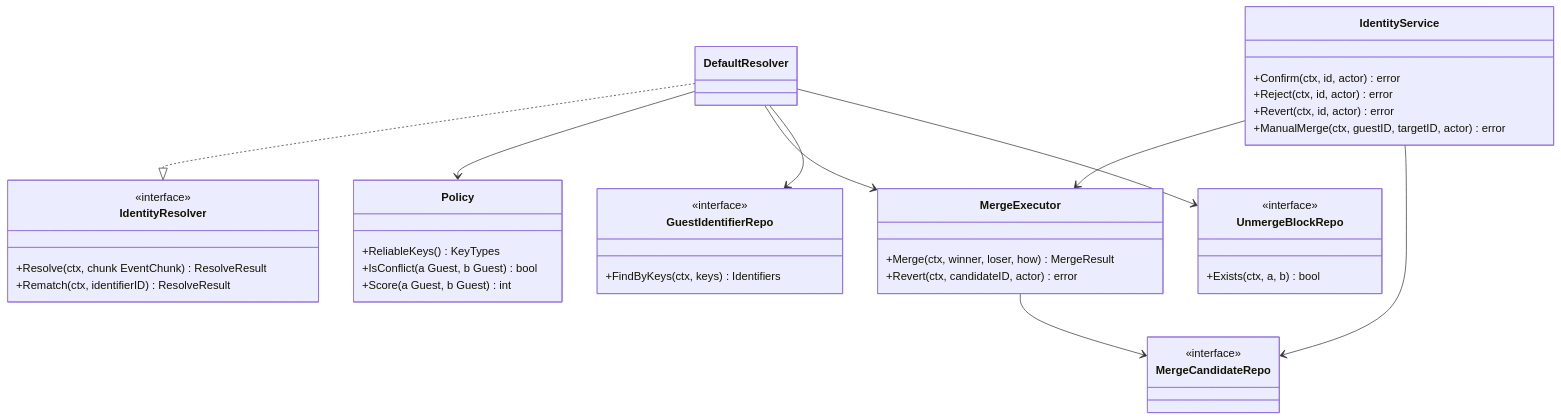
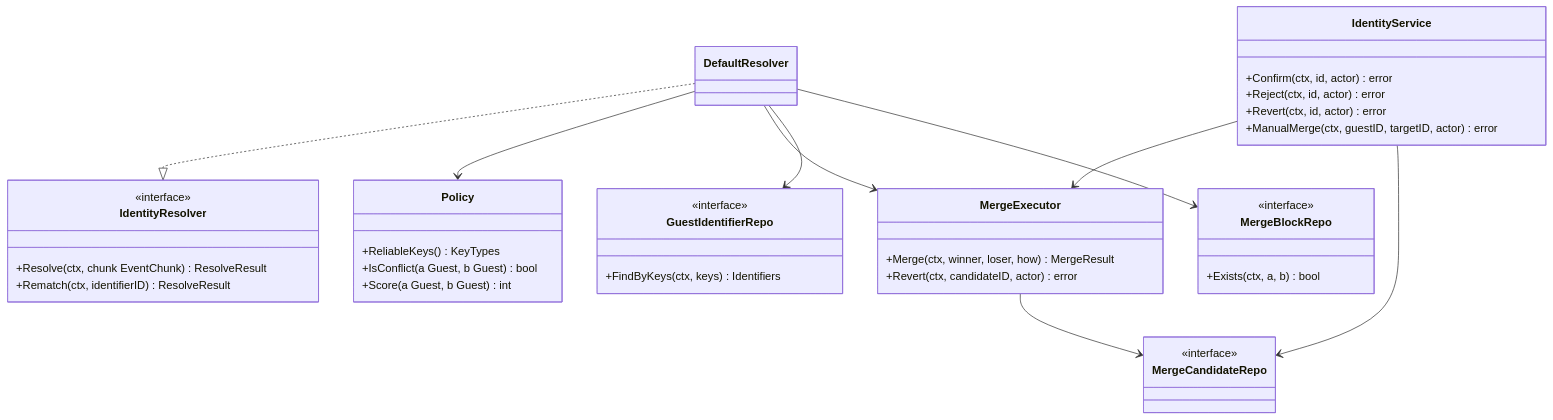
One commit to MangriMen/UCRP changed the third of 6 diagrams in docs/design/10-class-diagram.md. Above: the diagram before and after it, drawn with Mermaid. The commit also changed other lines of this file and 154 other files, not shown here.

````diff
--- a/docs/design/10-class-diagram.md
+++ b/docs/design/10-class-diagram.md
@@ -100,43 +100,43 @@
 ```mermaid
 classDiagram
   class IdentityResolver {
     <<interface>>
     +Resolve(ctx, chunk EventChunk) ResolveResult
     +Rematch(ctx, identifierID) ResolveResult
   }
   class Policy {
     +ReliableKeys() KeyTypes
     +IsConflict(a Guest, b Guest) bool
     +Score(a Guest, b Guest) int
   }
   class MergeExecutor {
     +Merge(ctx, winner, loser, how) MergeResult
     +Revert(ctx, candidateID, actor) error
   }
   class DefaultResolver
   class IdentityService {
     +Confirm(ctx, id, actor) error
     +Reject(ctx, id, actor) error
     +Revert(ctx, id, actor) error
     +ManualMerge(ctx, guestID, targetID, actor) error
   }
   class MergeCandidateRepo {
     <<interface>>
   }
-  class UnmergeBlockRepo {
+  class MergeBlockRepo {
     <<interface>>
     +Exists(ctx, a, b) bool
   }
   class GuestIdentifierRepo {
     <<interface>>
     +FindByKeys(ctx, keys) Identifiers
   }
   DefaultResolver ..|> IdentityResolver
   DefaultResolver --> Policy
   DefaultResolver --> MergeExecutor
   DefaultResolver --> GuestIdentifierRepo
-  DefaultResolver --> UnmergeBlockRepo
+  DefaultResolver --> MergeBlockRepo
   IdentityService --> MergeExecutor
   IdentityService --> MergeCandidateRepo
   MergeExecutor --> MergeCandidateRepo
 ```
````
